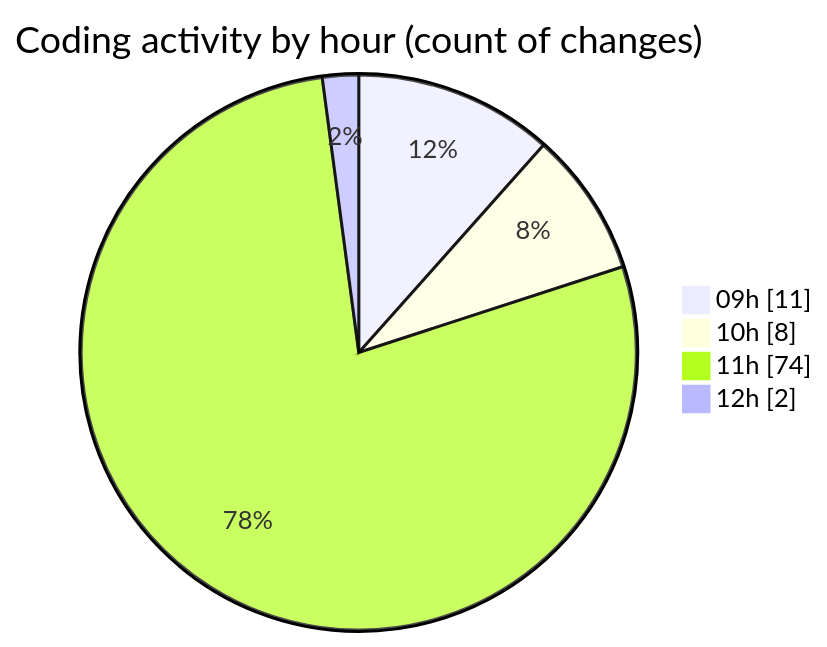
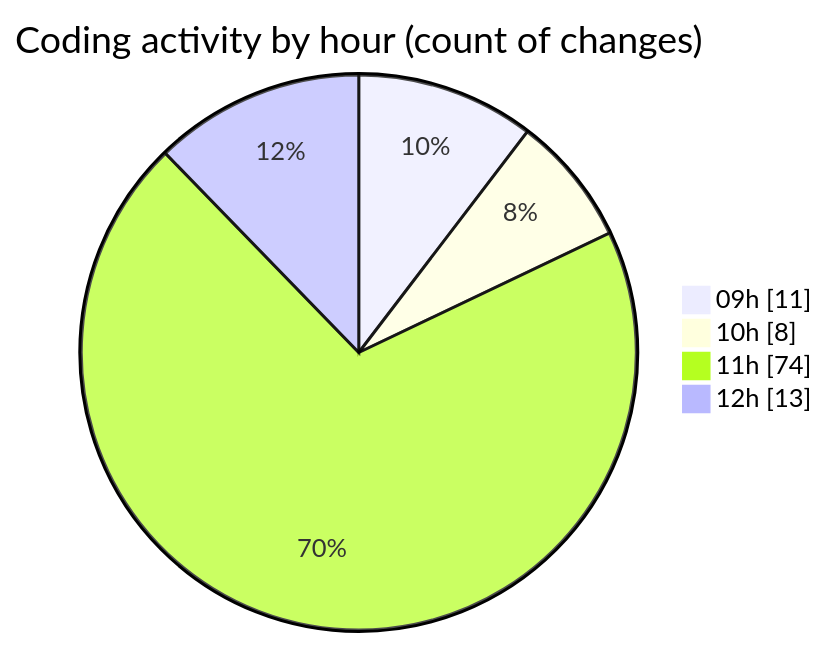
The second of 2 diagrams in 2025-10-30/cda/README.md (momahboobian/code-tracking), drawn with Mermaid before and after one commit. The commit also changed other lines of this file and 1 other file, not shown here.

````diff
--- a/2025-10-30/cda/README.md
+++ b/2025-10-30/cda/README.md
@@ -38,8 +38,8 @@
 ```mermaid
 pie showData
 title Coding activity by hour (count of changes)
 "09h" : 11
 "10h" : 8
 "11h" : 74
-"12h" : 2
+"12h" : 13
 ```
````
